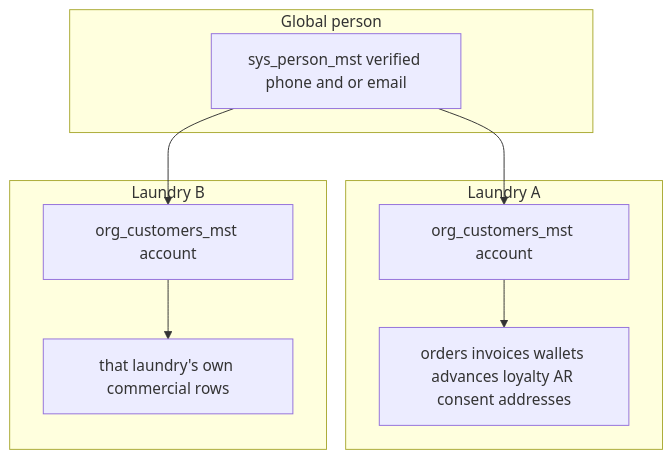
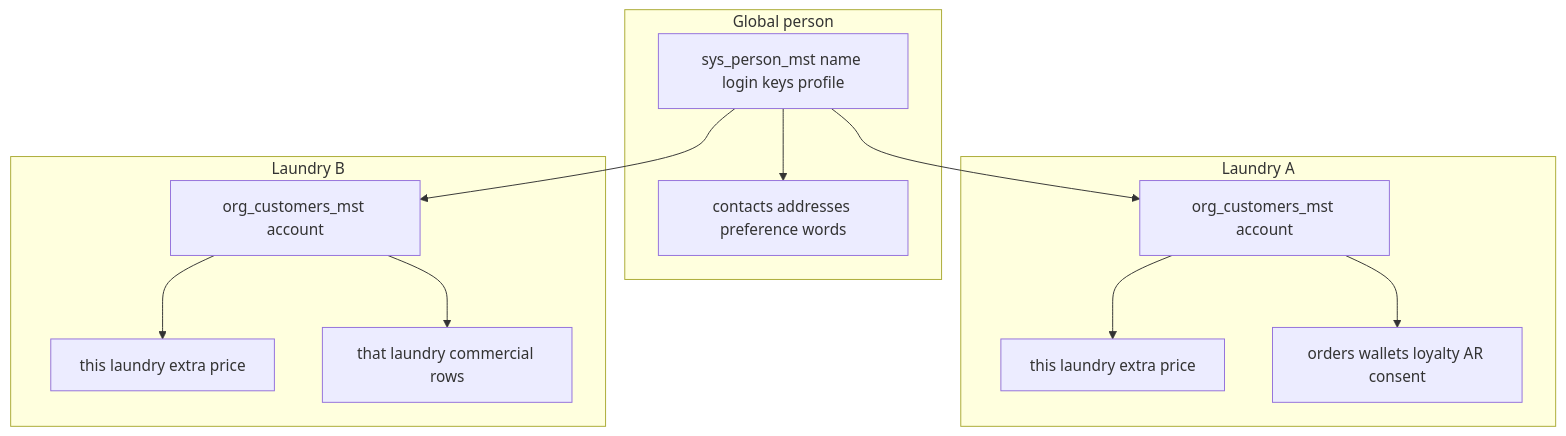
The diagram in docs/features/Tenants_Customers/PLAN.md (GhAli21/cleanmatex), drawn with Mermaid before and after one commit. The commit also changed other lines of this file and 89 other files, not shown here.

````diff
--- a/docs/features/Tenants_Customers/PLAN.md
+++ b/docs/features/Tenants_Customers/PLAN.md
@@ -24,18 +38,24 @@
 ```mermaid
 flowchart TB
   subgraph person [Global person]
-    SysPerson["sys_person_mst verified phone and or email"]
+    SysPerson["sys_person_mst name login keys profile"]
+    Contacts["contacts addresses preference words"]
   end
   subgraph laundryA [Laundry A]
     AcctA["org_customers_mst account"]
-    MoneyA["orders invoices wallets advances loyalty AR consent addresses"]
+    PriceA["this laundry extra price"]
+    MoneyA["orders wallets loyalty AR consent"]
   end
   subgraph laundryB [Laundry B]
     AcctB["org_customers_mst account"]
-    MoneyB["that laundry's own commercial rows"]
+    PriceB["this laundry extra price"]
+    MoneyB["that laundry commercial rows"]
   end
+  SysPerson --> Contacts
   SysPerson --> AcctA
   SysPerson --> AcctB
+  AcctA --> PriceA
   AcctA --> MoneyA
+  AcctB --> PriceB
   AcctB --> MoneyB
 ```
````
